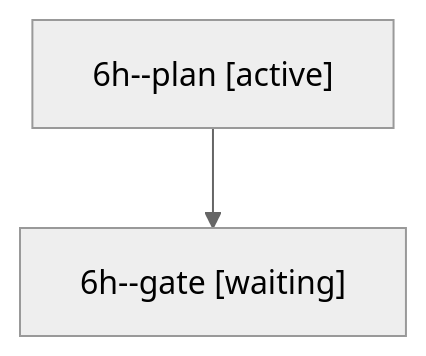
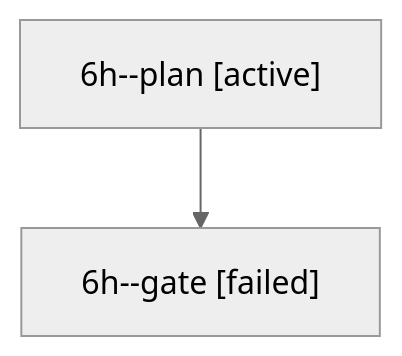
One commit to sase-org/sase--agents changed the diagram in sessions/bbugyi200.athena.6h.md. Above: the diagram before and after it, drawn with Mermaid (neutral theme). The commit also changed other lines of this file and 6 other files, not shown here.

````diff
--- a/sessions/bbugyi200.athena.6h.md
+++ b/sessions/bbugyi200.athena.6h.md
@@ -9,6 +9,6 @@
 ```mermaid
 flowchart TD
   n0["6h--plan [active]"]
-  n1["6h--gate [waiting]"]
+  n1["6h--gate [failed]"]
   n0 --> n1
 ```
````
